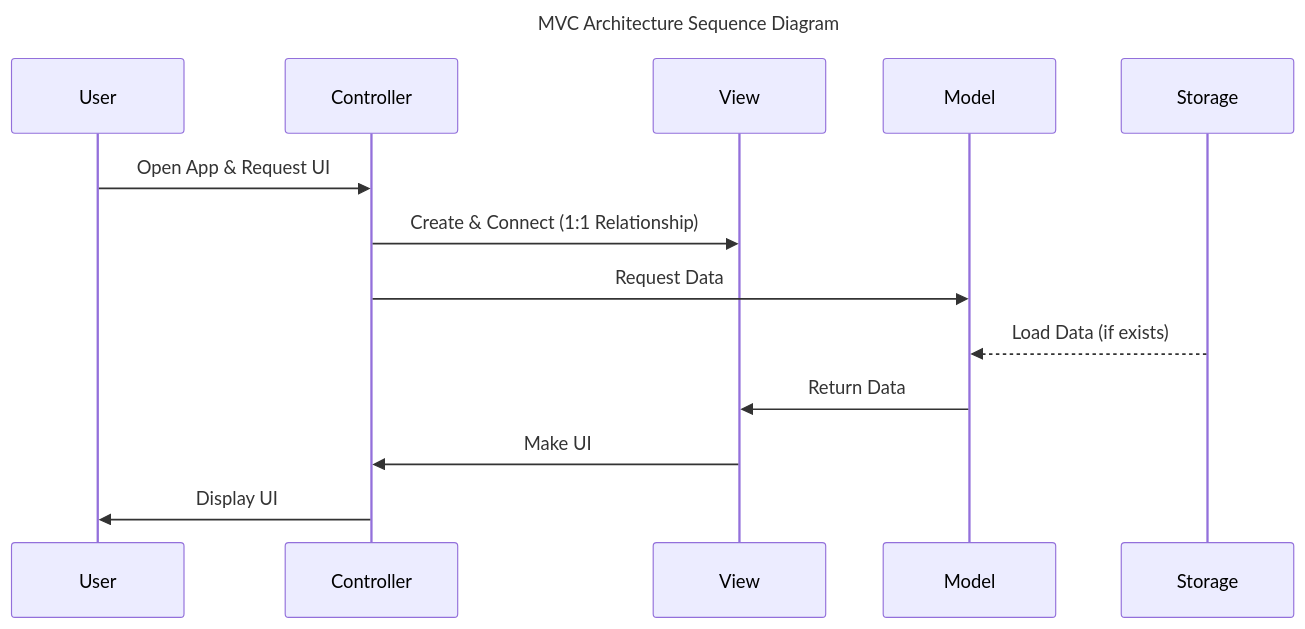
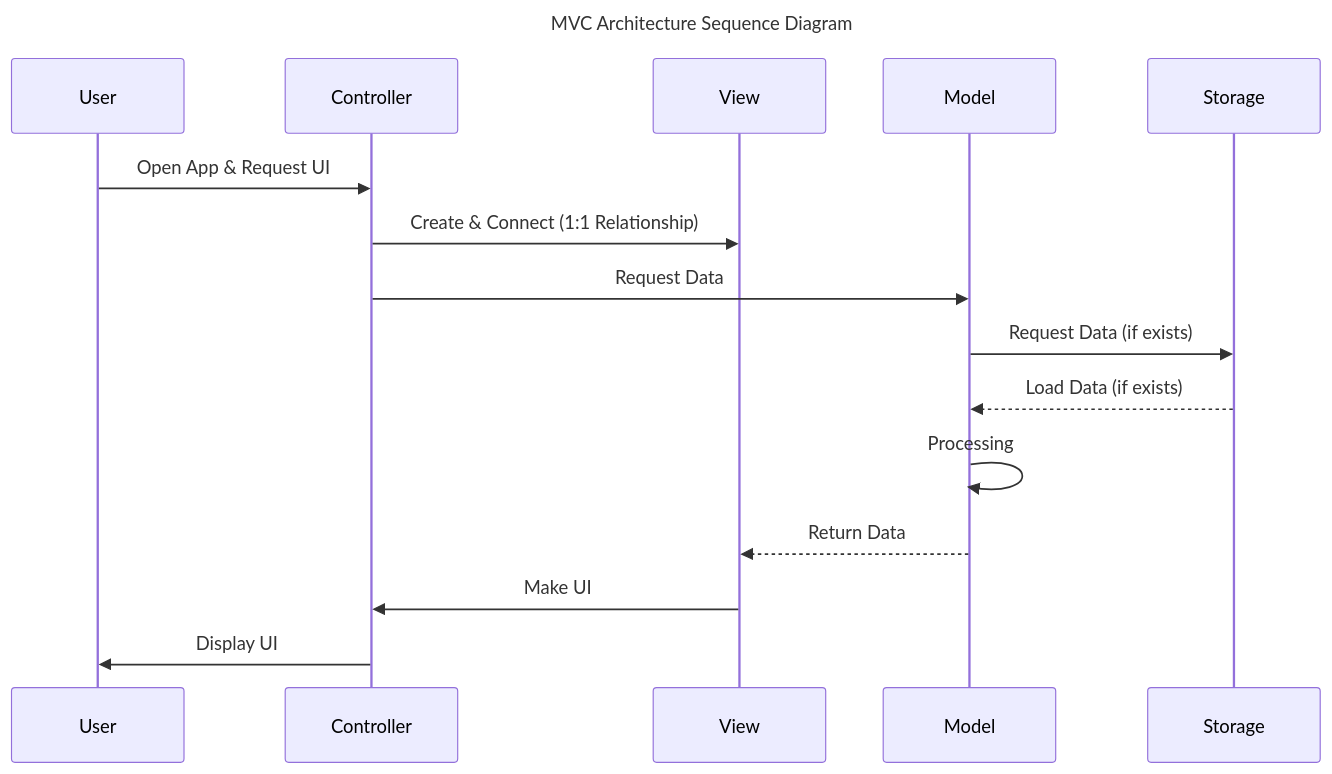
One commit to nbcamp/to-do-list changed the first of 2 diagrams in README.md. Above: the diagram before and after it, drawn with Mermaid. The commit also changed other lines of this file, not shown here.

````diff
--- a/README.md
+++ b/README.md
@@ -81,20 +129,22 @@
 ```mermaid
 ---
 title: MVC Architecture Sequence Diagram
 ---
 sequenceDiagram
 
 participant User
 participant Controller
 participant View
 participant Model
 participant Storage
 
 User->>Controller: Open App & Request UI
-Controller->>View:  Create & Connect (1:1 Relationship)
+Controller->>View: Create & Connect (1:1 Relationship)
 Controller->>Model: Request Data
+Model->>Storage: Request Data (if exists)
 Storage-->>Model: Load Data (if exists)
-Model->>View: Return Data
+Model->>Model: Processing
+Model-->>View: Return Data
 View->>Controller: Make UI
 Controller->>User: Display UI
 ```
````
